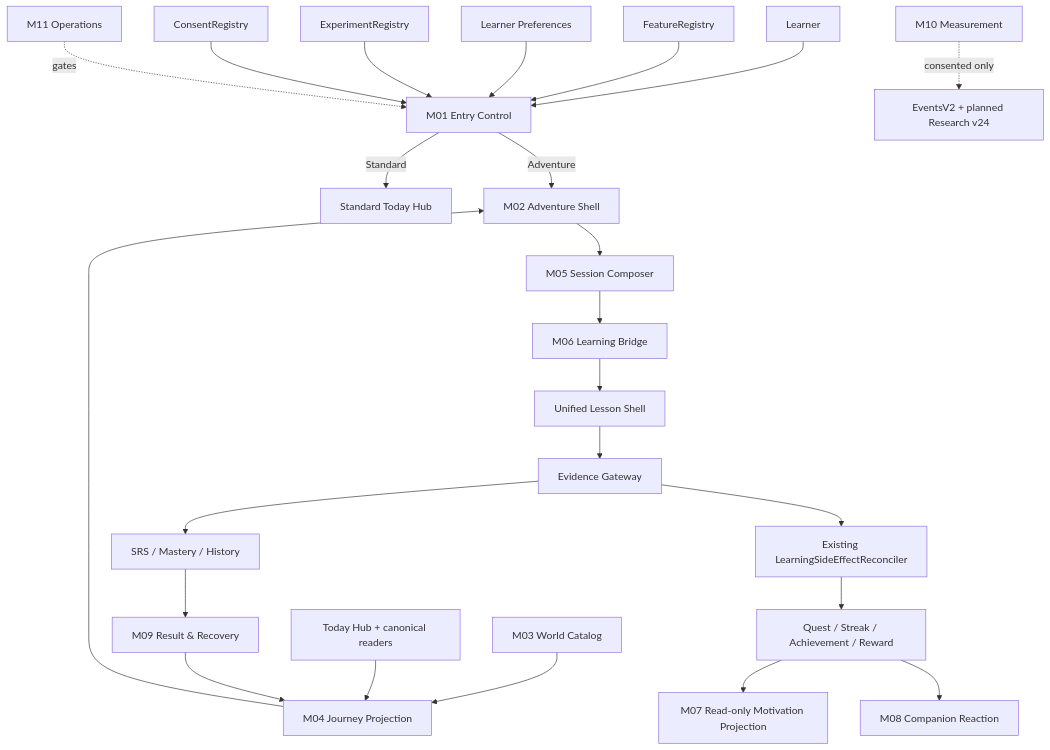
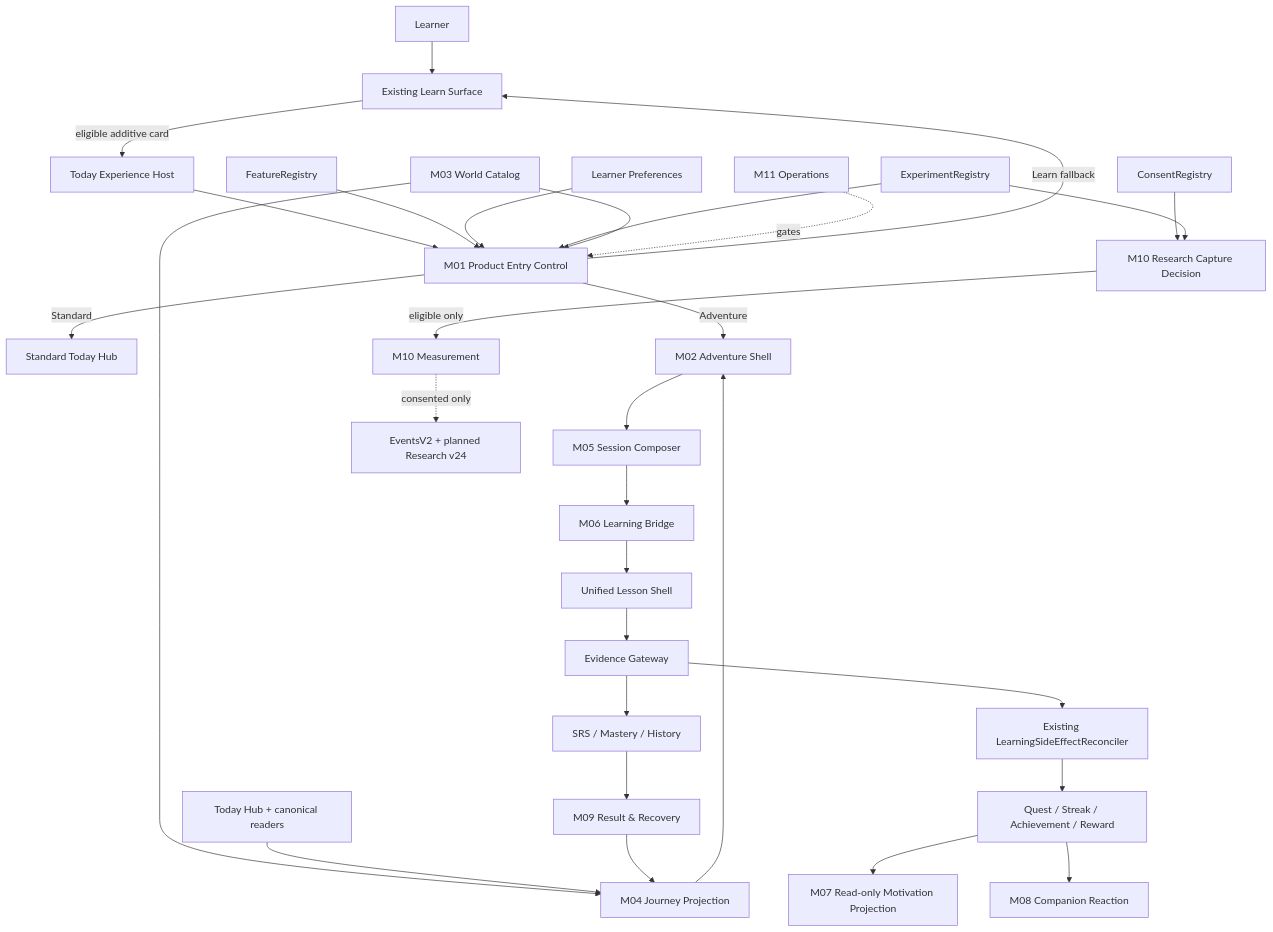
Before and after one commit to Phoomxo/LexiQuest: the first of 4 diagrams in docs/adventure-motivation-mode/03-sds.md, drawn with Mermaid. The commit also changed other lines of this file and 14 other files, not shown here.

````diff
--- a/docs/adventure-motivation-mode/03-sds.md
+++ b/docs/adventure-motivation-mode/03-sds.md
@@ -32,26 +33,32 @@
 ```mermaid
 flowchart TD
-  USER[Learner] --> ENTRY[M01 Entry Control]
+  USER[Learner] --> LEARN[Existing Learn Surface]
+  LEARN -->|eligible additive card| HOST[Today Experience Host]
+  HOST --> ENTRY[M01 Product Entry Control]
   FLAGS[FeatureRegistry] --> ENTRY
   PREF[Learner Preferences] --> ENTRY
   EXP[ExperimentRegistry] --> ENTRY
-  CONSENT[ConsentRegistry] --> ENTRY
+  CATALOG[M03 World Catalog] --> ENTRY
+  ENTRY -->|Learn fallback| LEARN
   ENTRY -->|Standard| TODAY[Standard Today Hub]
   ENTRY -->|Adventure| SHELL[M02 Adventure Shell]
-  CATALOG[M03 World Catalog] --> PROJ[M04 Journey Projection]
+  CATALOG --> PROJ[M04 Journey Projection]
   TODAYREAD[Today Hub + canonical readers] --> PROJ
   PROJ --> SHELL
   SHELL --> COMPOSE[M05 Session Composer]
   COMPOSE --> BRIDGE[M06 Learning Bridge]
   BRIDGE --> LESSON[Unified Lesson Shell]
   LESSON --> EVIDENCE[Evidence Gateway]
   EVIDENCE --> CANON[SRS / Mastery / History]
   EVIDENCE --> RECON[Existing LearningSideEffectReconciler]
   RECON --> EXISTING[Quest / Streak / Achievement / Reward]
   EXISTING --> MOTIVE[M07 Read-only Motivation Projection]
   CANON --> RESULT[M09 Result & Recovery]
   EXISTING --> REACT[M08 Companion Reaction]
   RESULT --> PROJ
-  RESEARCH[M10 Measurement] -.consented only.-> EVENTS[EventsV2 + planned Research v24]
+  CONSENT[ConsentRegistry] --> CAPTURE[M10 Research Capture Decision]
+  EXP --> CAPTURE
+  CAPTURE -->|eligible only| RESEARCH[M10 Measurement]
+  RESEARCH -.consented only.-> EVENTS[EventsV2 + planned Research v24]
   OPS[M11 Operations] -.gates.-> ENTRY
 ```
````
